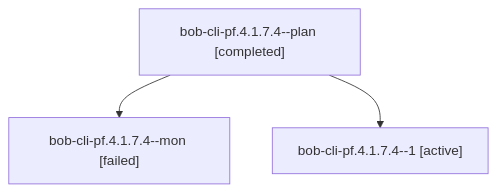
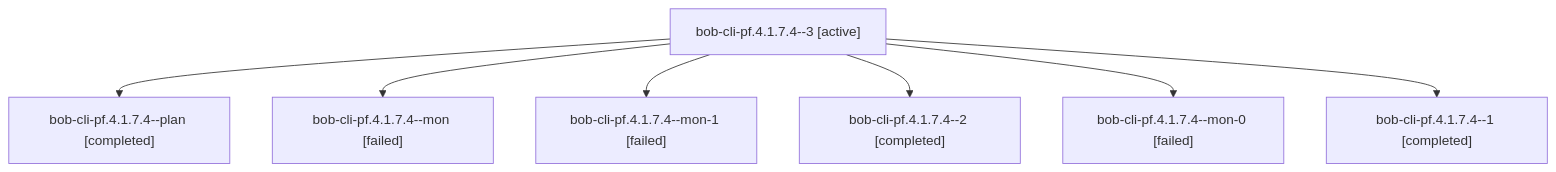
One commit to bobs-org/bob-cli--agents changed the diagram in sessions/bbugyi200.apollo.bob-cli-pf.4.1.7.4.md. Above: the diagram before and after it, drawn with Mermaid. The commit also changed other lines of this file and 132 other files, not shown here.

````diff
--- a/sessions/bbugyi200.apollo.bob-cli-pf.4.1.7.4.md
+++ b/sessions/bbugyi200.apollo.bob-cli-pf.4.1.7.4.md
@@ -9,8 +9,16 @@
 ```mermaid
 flowchart TD
-  n0["bob-cli-pf.4.1.7.4--plan [completed]"]
-  n1["bob-cli-pf.4.1.7.4--mon [failed]"]
+  n0["bob-cli-pf.4.1.7.4--3 [active]"]
+  n1["bob-cli-pf.4.1.7.4--plan [completed]"]
   n0 --> n1
-  n2["bob-cli-pf.4.1.7.4--1 [active]"]
+  n2["bob-cli-pf.4.1.7.4--mon [failed]"]
   n0 --> n2
+  n3["bob-cli-pf.4.1.7.4--mon-1 [failed]"]
+  n0 --> n3
+  n4["bob-cli-pf.4.1.7.4--2 [completed]"]
+  n0 --> n4
+  n5["bob-cli-pf.4.1.7.4--mon-0 [failed]"]
+  n0 --> n5
+  n6["bob-cli-pf.4.1.7.4--1 [completed]"]
+  n0 --> n6
 ```
````
